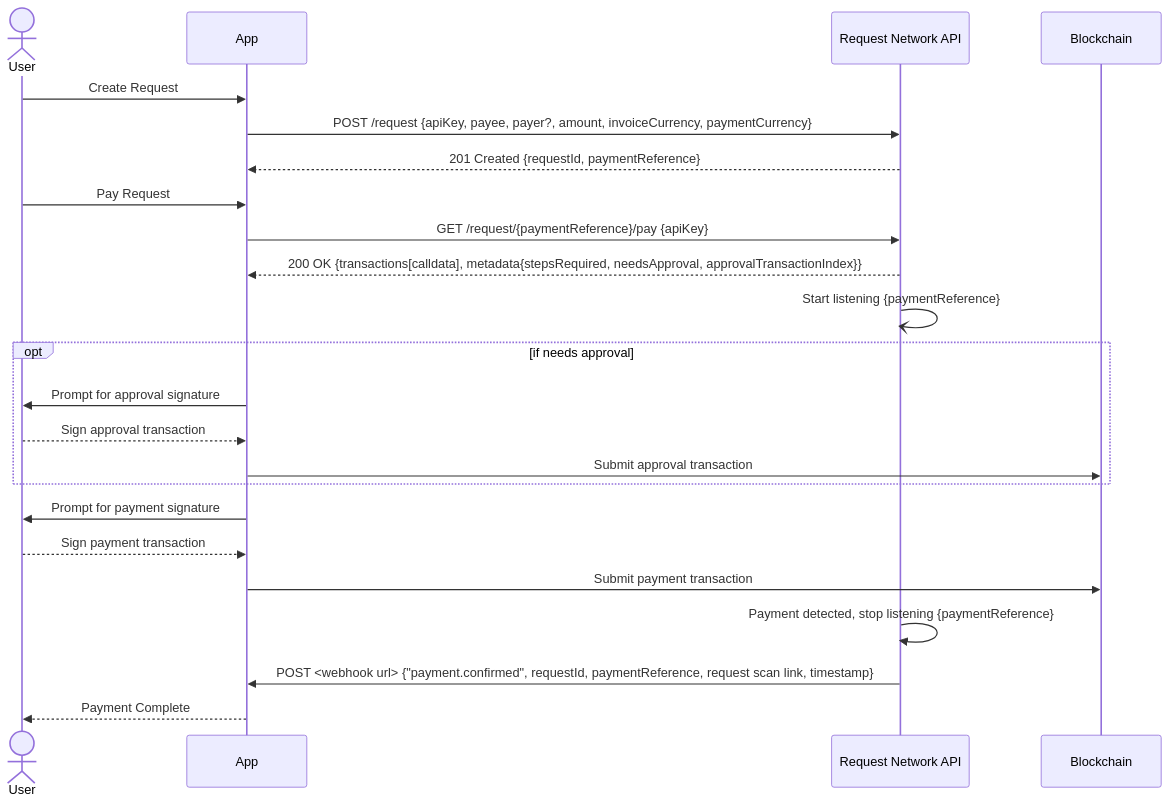
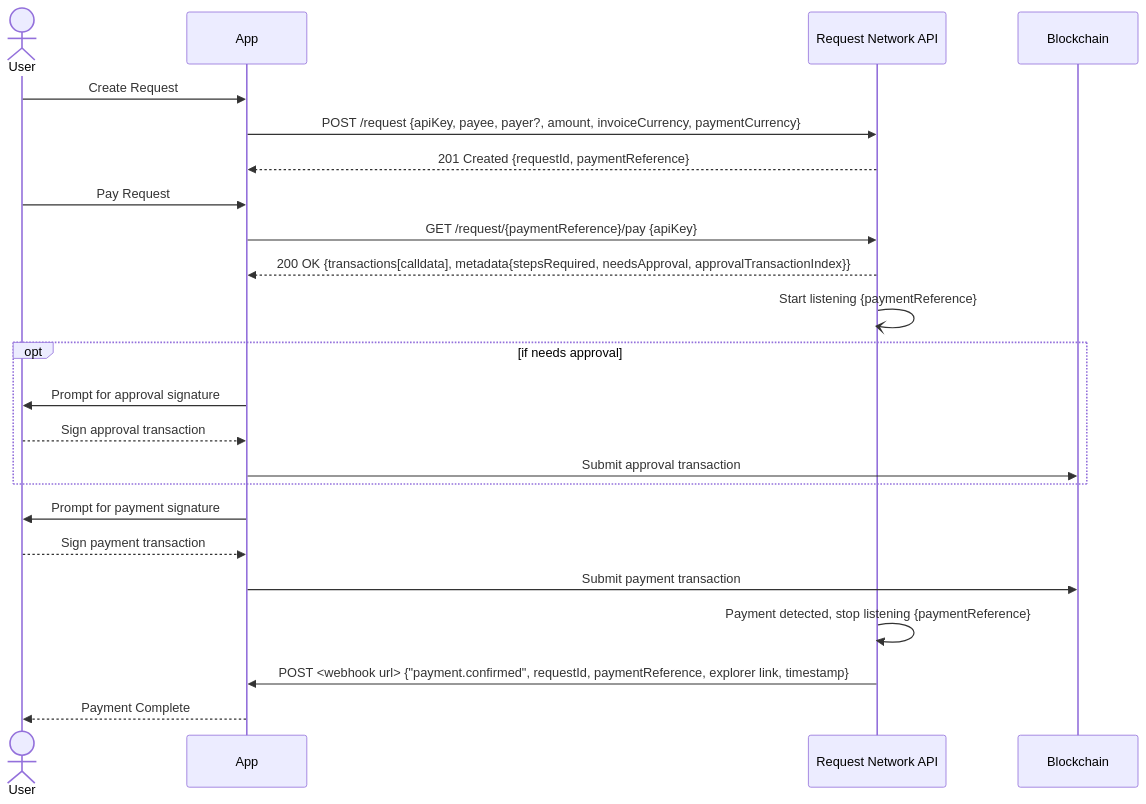
The diagram in api-features/create-requests.mdx (RequestNetwork/mintlify-docs), drawn with Mermaid before and after one commit. The commit also changed other lines of this file and 35 other files, not shown here.

````diff
--- a/api-features/create-requests.mdx
+++ b/api-features/create-requests.mdx
@@ -55,30 +55,30 @@
 ```mermaid
 sequenceDiagram
     actor User
     participant App
     participant Request Network API
     participant Blockchain
 
     User->>App: Create Request
     App->>Request Network API: POST /request {apiKey, payee, payer?, amount, invoiceCurrency, paymentCurrency}
     Request Network API-->>App: 201 Created {requestId, paymentReference}
 
     User->>App: Pay Request
     App->>Request Network API: GET /request/{paymentReference}/pay {apiKey}
     Request Network API-->>App: 200 OK {transactions[calldata], metadata{stepsRequired, needsApproval, approvalTransactionIndex}}
     Request Network API-)Request Network API: Start listening {paymentReference}
 
     opt if needs approval 
         App->>User: Prompt for approval signature
         User-->>App: Sign approval transaction
         App->>Blockchain: Submit approval transaction
     end
 
     App->>User: Prompt for payment signature
     User-->>App: Sign payment transaction
     App->>Blockchain: Submit payment transaction
 
     Request Network API->>Request Network API: Payment detected, stop listening {paymentReference}
-    Request Network API->>App: POST <webhook url> {"payment.confirmed", requestId, paymentReference, request scan link, timestamp}
+    Request Network API->>App: POST <webhook url> {"payment.confirmed", requestId, paymentReference, explorer link, timestamp}
     App-->>User: Payment Complete
 ```
````
